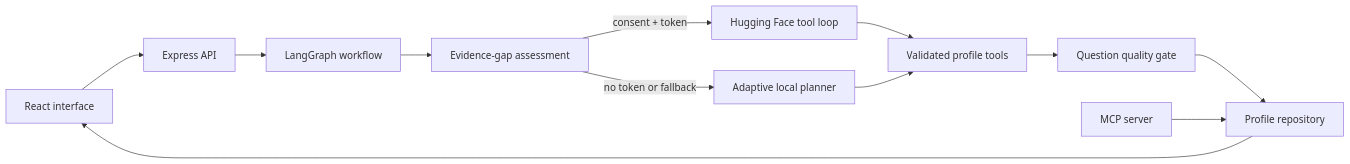
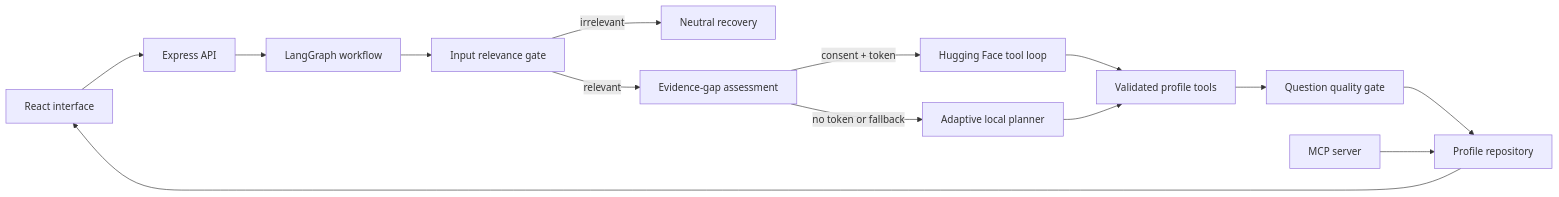
Before and after one commit to YasminTayebi/facet-ai: the diagram in README.md, drawn with Mermaid. The commit also changed other lines of this file and 10 other files, not shown here.

````diff
--- a/README.md
+++ b/README.md
@@ -56,14 +57,16 @@
 ```mermaid
 flowchart LR
     UI[React interface] --> API[Express API]
     API --> GRAPH[LangGraph workflow]
-    GRAPH --> GAP[Evidence-gap assessment]
+    GRAPH --> INPUT[Input relevance gate]
+    INPUT -->|irrelevant| RECOVER[Neutral recovery]
+    INPUT -->|relevant| GAP[Evidence-gap assessment]
     GAP -->|consent + token| HF[Hugging Face tool loop]
     GAP -->|no token or fallback| DEMO[Adaptive local planner]
     HF --> TOOLS[Validated profile tools]
     DEMO --> TOOLS
     TOOLS --> QUALITY[Question quality gate]
     QUALITY --> STORE[Profile repository]
     STORE --> UI
     MCP[MCP server] --> STORE
 ```
````
